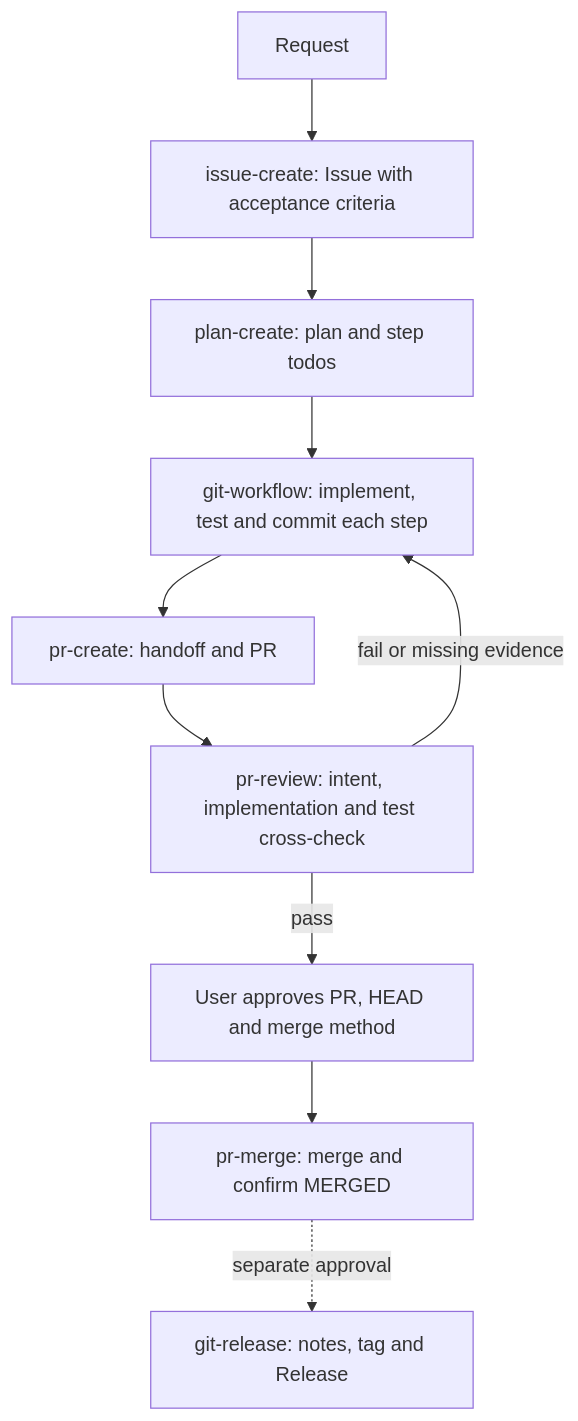
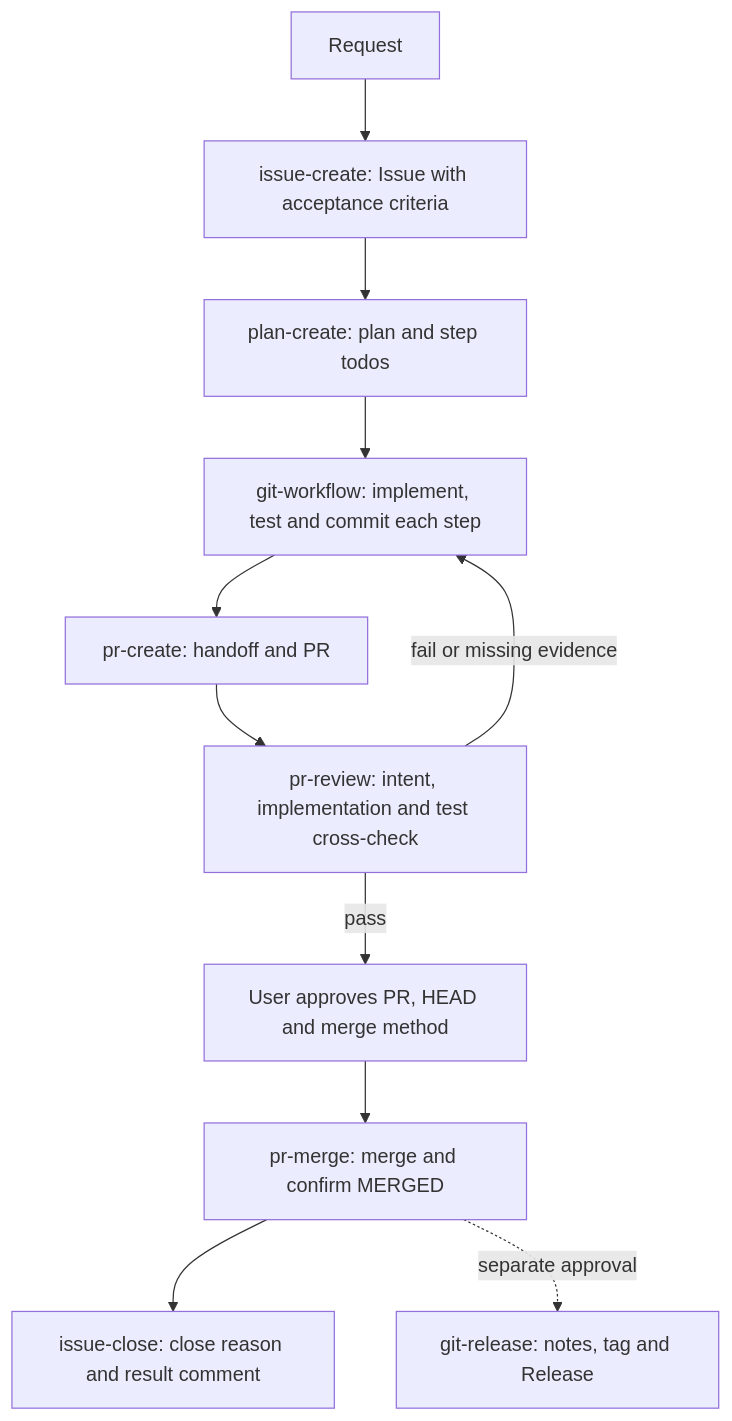
One commit to insung/git-workflow changed the diagram in README.md. Above: the diagram before and after it, drawn with Mermaid. The commit also changed other lines of this file and 8 other files, not shown here.

First line of the commit message:
feat(issue-close): Issue 종료 결과 기록과 워크플로우 연결

````diff
--- a/README.md
+++ b/README.md
@@ -20,12 +20,13 @@
 ```mermaid
 flowchart TD
     A[Request] --> B[issue-create: Issue with acceptance criteria]
     B --> C[plan-create: plan and step todos]
     C --> D[git-workflow: implement, test and commit each step]
     D --> E[pr-create: handoff and PR]
     E --> F[pr-review: intent, implementation and test cross-check]
     F -->|fail or missing evidence| D
     F -->|pass| G[User approves PR, HEAD and merge method]
     G --> H[pr-merge: merge and confirm MERGED]
+    H --> J[issue-close: close reason and result comment]
     H -. separate approval .-> I[git-release: notes, tag and Release]
 ```
````
